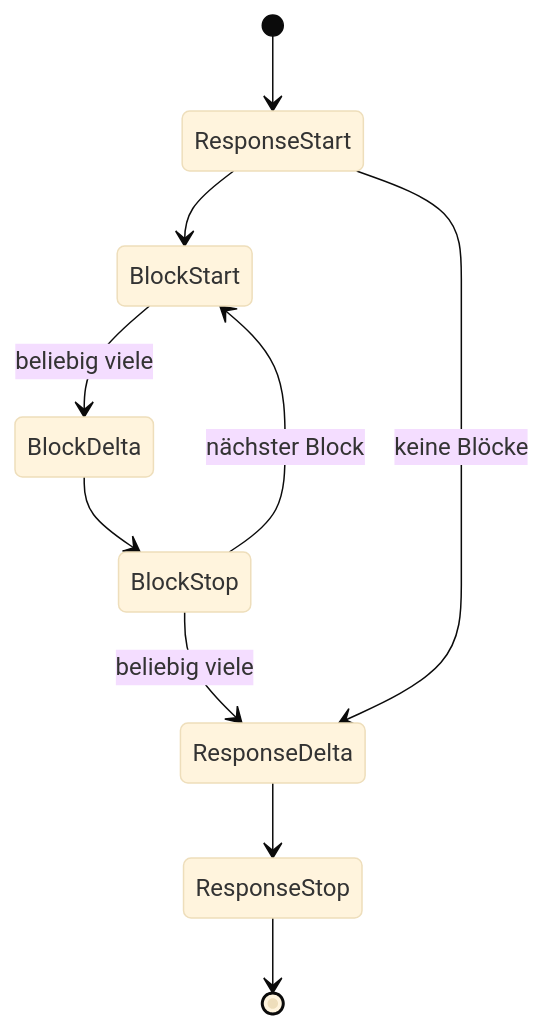
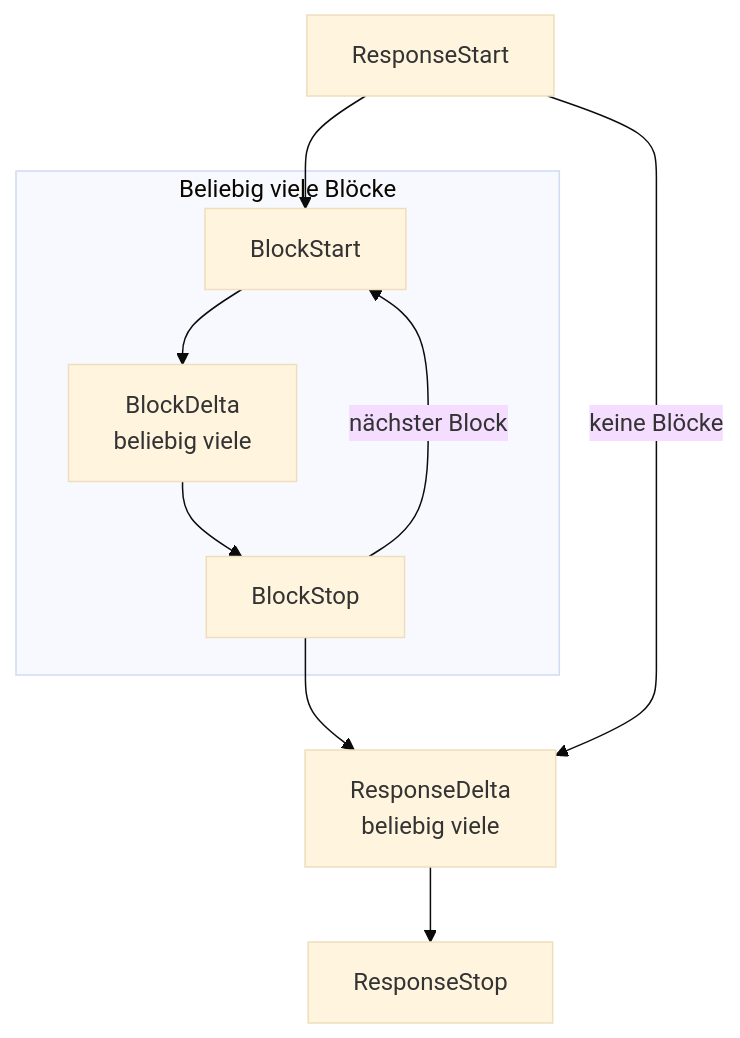
One commit to logicplanes/kaeso changed the diagram in apps/docs/content/de/development/kpp/codec-design.md. Above: the diagram before and after it, drawn with Mermaid (base theme). The commit also changed 89 other files, not shown here.

First line of the commit message:
Redraw the development pages' diagrams around what a contributor changes

````diff
--- a/apps/docs/content/de/development/kpp/codec-design.md
+++ b/apps/docs/content/de/development/kpp/codec-design.md
@@ -27,14 +27,14 @@
 ```mermaid
-stateDiagram-v2
+flowchart TD
   accTitle: Die Reihenfolge der Events eines KPP-Streams
   accDescr: Ein Stream beginnt mit ResponseStart. Dann folgen beliebig viele Blöcke, jeder aus BlockStart, beliebig vielen BlockDelta und BlockStop, dann beliebig viele ResponseDelta, und ResponseStop beendet ihn. Error ist an jeder Stelle möglich.
-  [*] --> ResponseStart
-  ResponseStart --> BlockStart
-  BlockStart --> BlockDelta: beliebig viele
-  BlockDelta --> BlockStop
-  BlockStop --> BlockStart: nächster Block
-  BlockStop --> ResponseDelta: beliebig viele
-  ResponseStart --> ResponseDelta: keine Blöcke
-  ResponseDelta --> ResponseStop
-  ResponseStop --> [*]
+  start[ResponseStart]:::accent
+  subgraph blocks [Beliebig viele Blöcke]
+    bstart[BlockStart] --> bdelta[BlockDelta<br>beliebig viele] --> bstop[BlockStop]
+  end
+  start --> bstart
+  bstop -- nächster Block --> bstart
+  bstop --> rdelta[ResponseDelta<br>beliebig viele]
+  start -- keine Blöcke --> rdelta
+  rdelta --> stop[ResponseStop]:::accent
 ```
````
